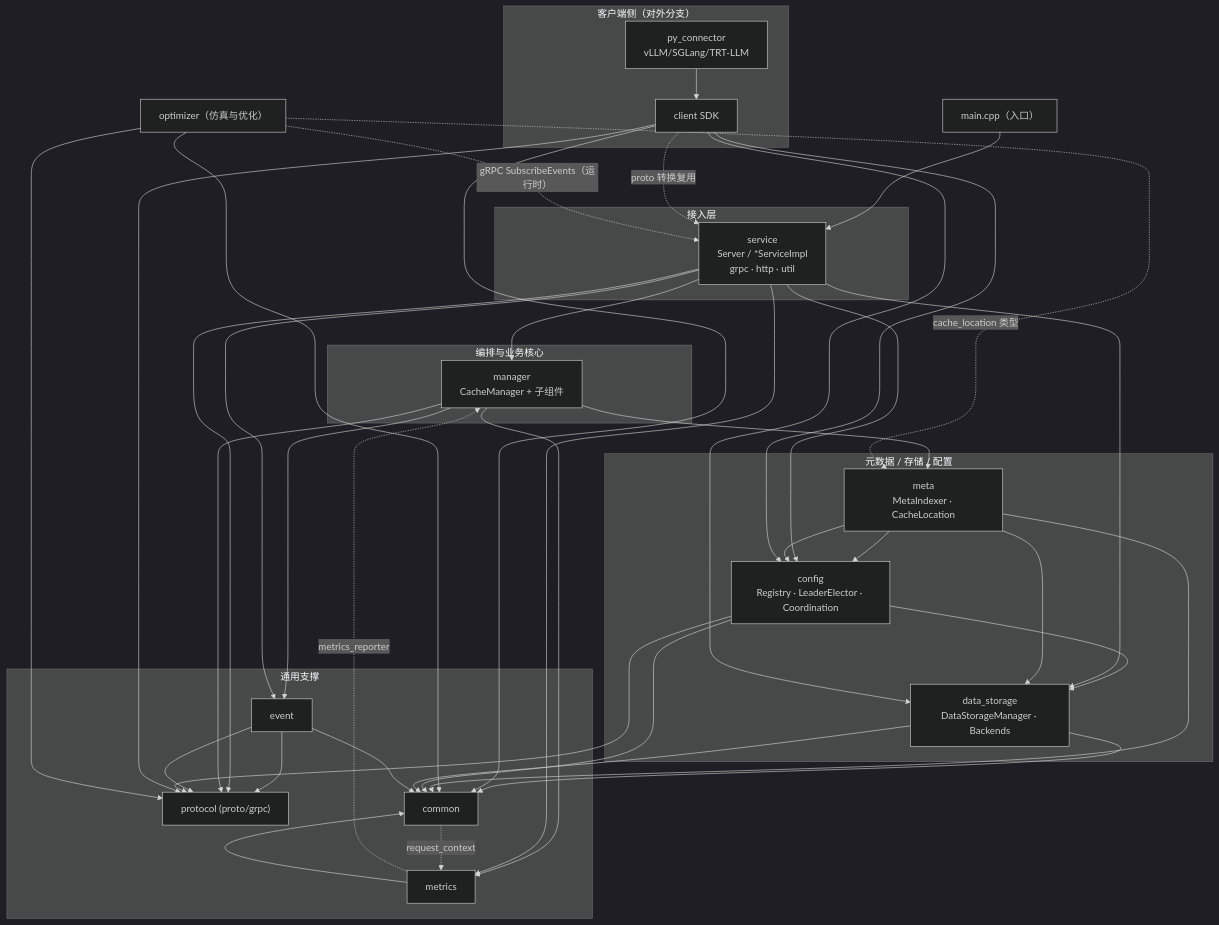
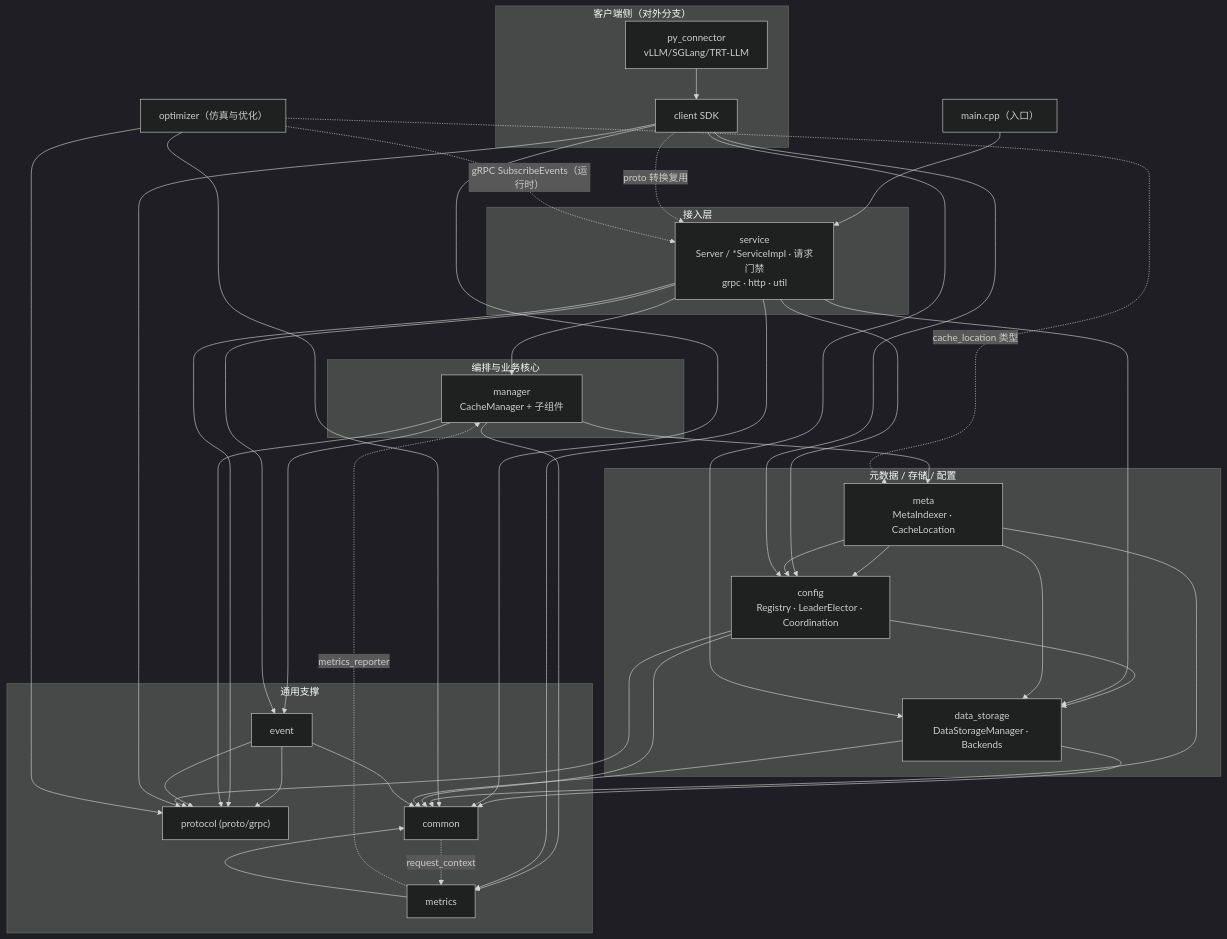
The first of 3 diagrams in docs/design/module_architecture.md (alibaba/tair-kvcache), drawn with Mermaid (dark theme) before and after one commit. The commit also changed other lines of this file and 23 other files, not shown here.

````diff
--- a/docs/design/module_architecture.md
+++ b/docs/design/module_architecture.md
@@ -104,75 +104,75 @@
 ```mermaid
 flowchart TD
     main["main.cpp（入口）"]
 
     subgraph access["接入层"]
-        service["service<br/>Server / *ServiceImpl<br/>grpc · http · util"]
+        service["service<br/>Server / *ServiceImpl · 请求门禁<br/>grpc · http · util"]
     end
 
     subgraph core["编排与业务核心"]
         manager["manager<br/>CacheManager + 子组件"]
     end
 
     subgraph dataplane["元数据 / 存储 / 配置"]
         meta["meta<br/>MetaIndexer · CacheLocation"]
         config["config<br/>Registry · LeaderElector · Coordination"]
         data_storage["data_storage<br/>DataStorageManager · Backends"]
     end
 
     subgraph crosscut["通用支撑"]
         metrics["metrics"]
         event["event"]
         protocol["protocol (proto/grpc)"]
         common["common"]
     end
 
     subgraph clientside["客户端侧（对外分支）"]
         client["client SDK"]
         py_connector["py_connector<br/>vLLM/SGLang/TRT-LLM"]
     end
 
     optimizer["optimizer（仿真与优化）"]
 
     %% 核心下降链（控制流）
     main --> service --> manager --> meta --> config --> data_storage --> common
 
     %% 通用支撑依赖
     manager --> event
     event --> protocol
     manager --> metrics
     service --> metrics
     service --> event
     service --> config
     service --> data_storage
     service --> protocol
     manager --> protocol
     event --> protocol
     config --> protocol
     meta --> config
     meta --> data_storage
 
     %% 有意的反向边（近似环，见 3.2）
     common -. request_context .-> metrics
     metrics -. metrics_reporter .-> manager
 
     %% 客户端分支
     py_connector --> client
     client --> config
     client --> data_storage
     client --> protocol
     client --> common
     client -. proto 转换复用 .-> service
 
     %% optimizer 的关联
     optimizer -. cache_location 类型 .-> meta
     optimizer --> common
     optimizer --> protocol
     optimizer -. gRPC SubscribeEvents（运行时） .-> service
 
     %% 底层通用模块被广泛依赖
     meta --> common
     config --> common
     data_storage --> common
     metrics --> common
     event --> common
 ```
````
